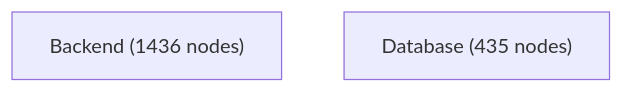
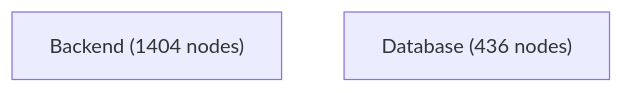
The diagram in docs/architecture-analysis/views/containers.mmd (jankneumann/agentic-coding-tools), drawn with Mermaid before and after one commit. The commit also changed 18 other files, not shown here.

```diff
--- a/docs/architecture-analysis/views/containers.mmd
+++ b/docs/architecture-analysis/views/containers.mmd
@@ -1,3 +1,3 @@
 flowchart TB
-    Backend["Backend (1436 nodes)"]
-    Database["Database (435 nodes)"]
+    Backend["Backend (1404 nodes)"]
+    Database["Database (436 nodes)"]
```
